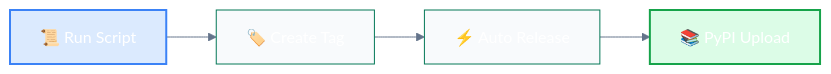
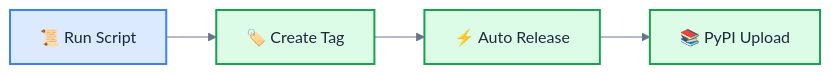
One commit to alexmarco/ls-tree changed the second of 3 diagrams in CONTRIBUTING.md. Above: the diagram before and after it, drawn with Mermaid. The commit also changed other lines of this file, not shown here.

First line of the commit message:
fix(docs): improve Mermaid diagram contrast and readability

````diff
--- a/CONTRIBUTING.md
+++ b/CONTRIBUTING.md
@@ -92,10 +96,12 @@
 ```mermaid
-%%{init: {'theme':'base', 'themeVariables': { 'primaryColor': '#059669', 'primaryTextColor': '#ffffff', 'primaryBorderColor': '#047857', 'lineColor': '#64748b', 'secondaryColor': '#f0fdf4', 'tertiaryColor': '#dcfce7', 'background': '#ffffff', 'mainBkg': '#f8fafc', 'secondBkg': '#f0fdf4', 'tertiaryBkg': '#dcfce7'}}}%%
+%%{init: {'theme':'base', 'themeVariables': { 'primaryColor': '#059669', 'primaryTextColor': '#1e293b', 'primaryBorderColor': '#047857', 'lineColor': '#64748b', 'secondaryColor': '#f0fdf4', 'tertiaryColor': '#dcfce7', 'background': '#ffffff', 'mainBkg': '#ffffff', 'secondBkg': '#f0fdf4', 'tertiaryBkg': '#dcfce7'}}}%%
 graph LR
     A[📜 Run Script] --> B[🏷️ Create Tag]
     B --> C[⚡ Auto Release]
     C --> D[📚 PyPI Upload]
     
-    style A fill:#dbeafe,stroke:#3b82f6,stroke-width:2px
-    style D fill:#dcfce7,stroke:#16a34a,stroke-width:2px
+    style A fill:#dbeafe,stroke:#3b82f6,stroke-width:2px,color:#1e293b
+    style B fill:#dcfce7,stroke:#16a34a,stroke-width:2px,color:#1e293b
+    style C fill:#dcfce7,stroke:#16a34a,stroke-width:2px,color:#1e293b
+    style D fill:#dcfce7,stroke:#16a34a,stroke-width:2px,color:#1e293b
 ```
````
